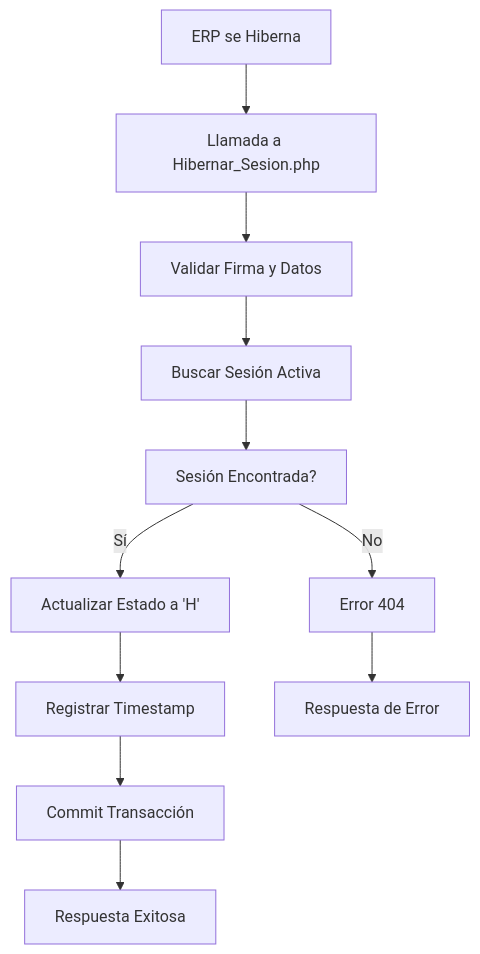
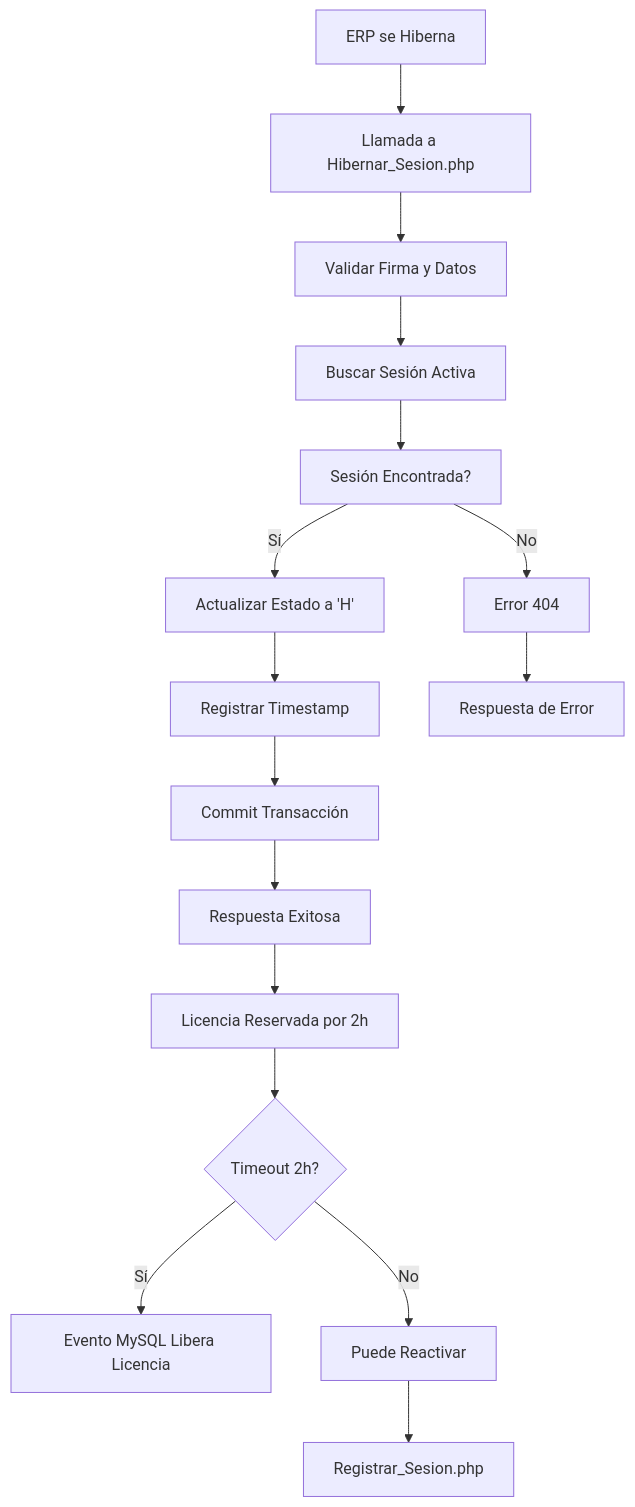
Before and after one commit to JuliusFast65/gestor-licencias: the diagram in docs/Hibernar_Sesion_API.md, drawn with Mermaid. The commit also changed other lines of this file, not shown here.

Commit message:
Hibernar_Sesion_API.md: Actualizar documentación para reflejar cambios en la hibernación de sesiones

````diff
--- a/docs/Hibernar_Sesion_API.md
+++ b/docs/Hibernar_Sesion_API.md
@@ -117,13 +117,19 @@
 ```mermaid
 graph TD
     A[ERP se Hiberna] --> B[Llamada a Hibernar_Sesion.php]
     B --> C[Validar Firma y Datos]
     C --> D[Buscar Sesión Activa]
     D --> E[Sesión Encontrada?]
     E -->|No| F[Error 404]
     E -->|Sí| G[Actualizar Estado a 'H']
     G --> H[Registrar Timestamp]
     H --> I[Commit Transacción]
     I --> J[Respuesta Exitosa]
     F --> K[Respuesta de Error]
+    
+    J --> L[Licencia Reservada por 2h]
+    L --> M{Timeout 2h?}
+    M -->|Sí| N[Evento MySQL Libera Licencia]
+    M -->|No| O[Puede Reactivar]
+    O --> P[Registrar_Sesion.php]
 ```
````
